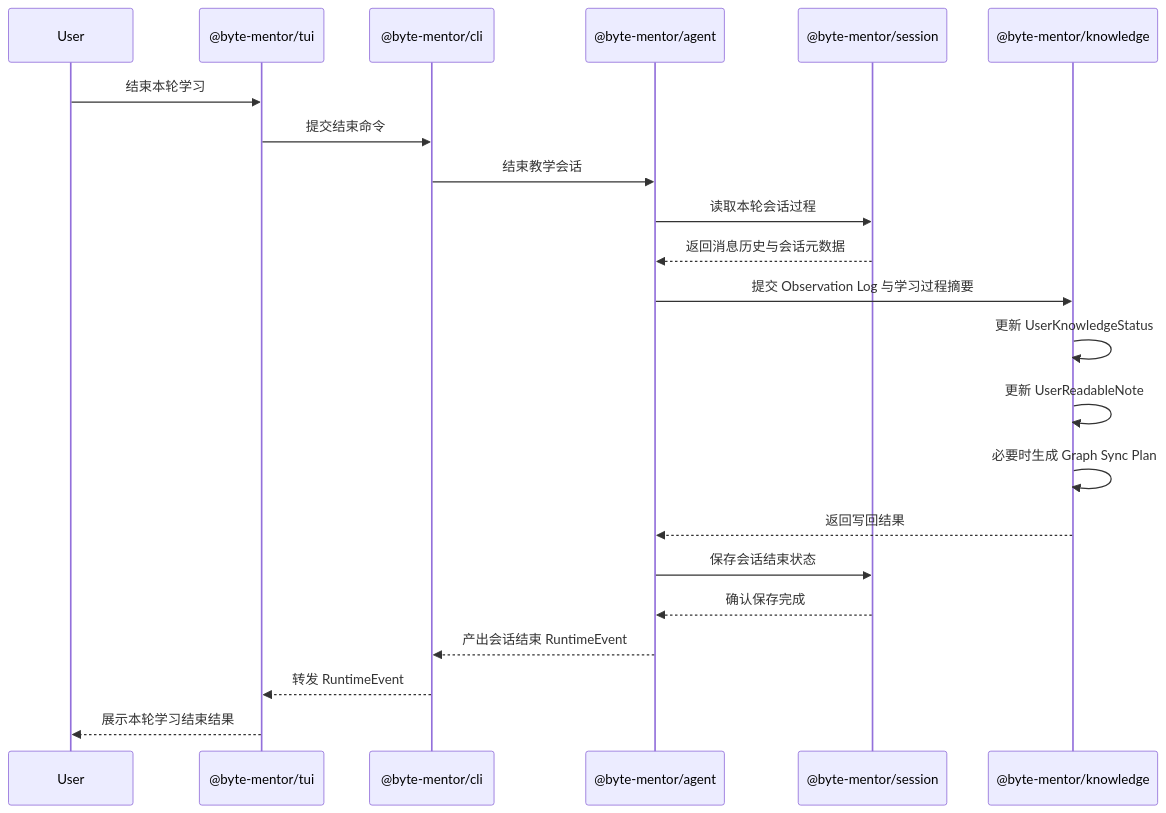
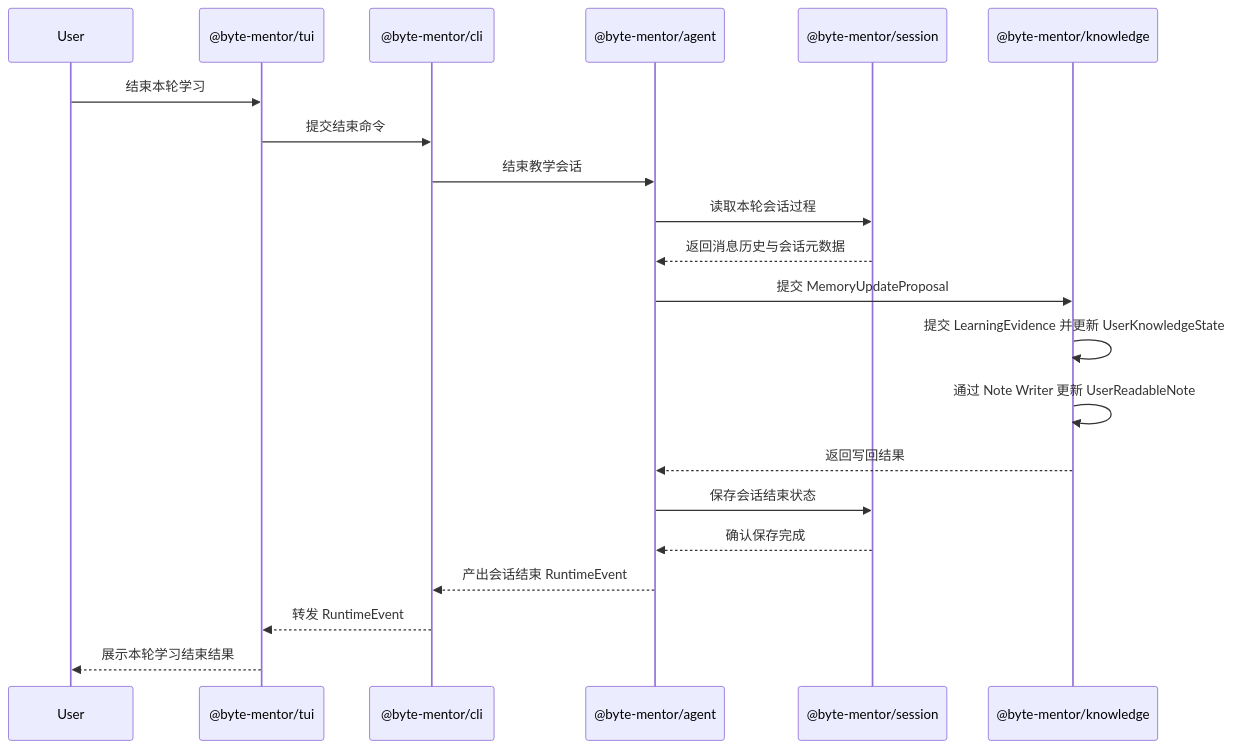
Before and after one commit to FufuufuF/byteMentor: the third of 3 diagrams in .agents/.design/architecture-design.md, drawn with Mermaid. The commit also changed other lines of this file and 2 other files, not shown here.

Commit message:
doc: modify memory design doc

````diff
--- a/.agents/.design/architecture-design.md
+++ b/.agents/.design/architecture-design.md
@@ -491,29 +491,28 @@
 ```mermaid
 sequenceDiagram
   participant User as User
   participant TUI as @byte-mentor/tui
   participant CLI as @byte-mentor/cli
   participant Agent as @byte-mentor/agent
   participant Session as @byte-mentor/session
   participant Knowledge as @byte-mentor/knowledge
 
   User->>TUI: 结束本轮学习
   TUI->>CLI: 提交结束命令
   CLI->>Agent: 结束教学会话
 
   Agent->>Session: 读取本轮会话过程
   Session-->>Agent: 返回消息历史与会话元数据
 
-  Agent->>Knowledge: 提交 Observation Log 与学习过程摘要
-  Knowledge->>Knowledge: 更新 UserKnowledgeStatus
-  Knowledge->>Knowledge: 更新 UserReadableNote
-  Knowledge->>Knowledge: 必要时生成 Graph Sync Plan
+  Agent->>Knowledge: 提交 MemoryUpdateProposal
+  Knowledge->>Knowledge: 提交 LearningEvidence 并更新 UserKnowledgeState
+  Knowledge->>Knowledge: 通过 Note Writer 更新 UserReadableNote
   Knowledge-->>Agent: 返回写回结果
 
   Agent->>Session: 保存会话结束状态
   Session-->>Agent: 确认保存完成
 
   Agent-->>CLI: 产出会话结束 RuntimeEvent
   CLI-->>TUI: 转发 RuntimeEvent
   TUI-->>User: 展示本轮学习结束结果
 ```
````
